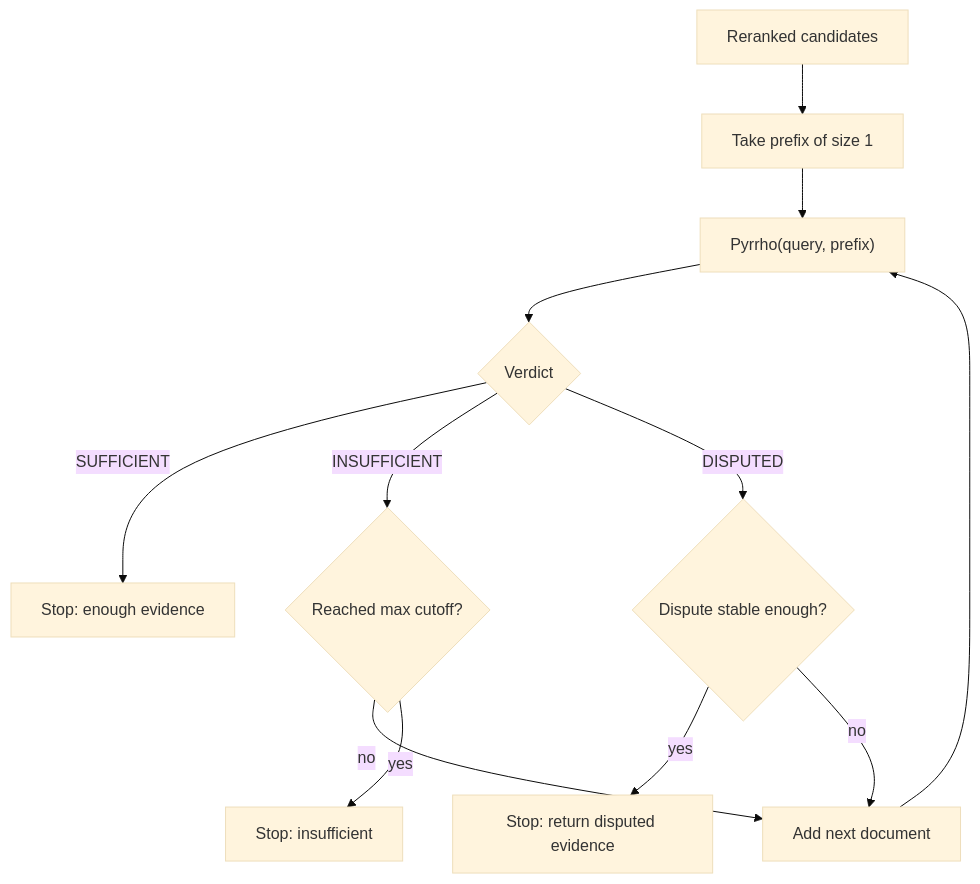
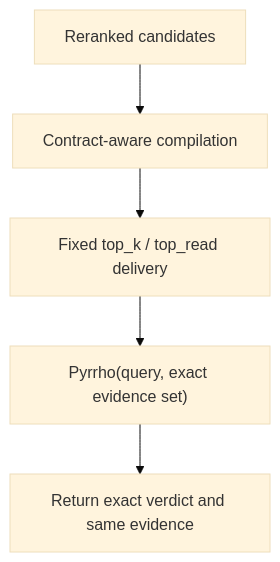
One commit to yafitzdev/fitz changed the third of 4 diagrams in docs/RETRIEVAL_PIPELINE.md. Above: the diagram before and after it, drawn with Mermaid (base theme). The commit also changed other lines of this file and 103 other files, not shown here.

````diff
--- a/docs/RETRIEVAL_PIPELINE.md
+++ b/docs/RETRIEVAL_PIPELINE.md
@@ -127,14 +125,7 @@
 ```mermaid
 flowchart TD
-    A["Reranked candidates"] --> B["Take prefix of size 1"]
-    B --> C["Pyrrho(query, prefix)"]
-    C --> D{"Verdict"}
-    D -->|"SUFFICIENT"| T["Stop: enough evidence"]
-    D -->|"INSUFFICIENT"| E{"Reached max cutoff?"}
-    D -->|"DISPUTED"| F{"Dispute stable enough?"}
-    F -->|"yes"| U["Stop: return disputed evidence"]
-    F -->|"no"| N["Add next document"]
-    E -->|"no"| N
-    E -->|"yes"| A0["Stop: insufficient"]
-    N --> C
+    A["Reranked candidates"] --> B["Contract-aware compilation"]
+    B --> C["Fixed top_k / top_read delivery"]
+    C --> D["Pyrrho(query, exact evidence set)"]
+    D --> E["Return exact verdict and same evidence"]
 ```
````
